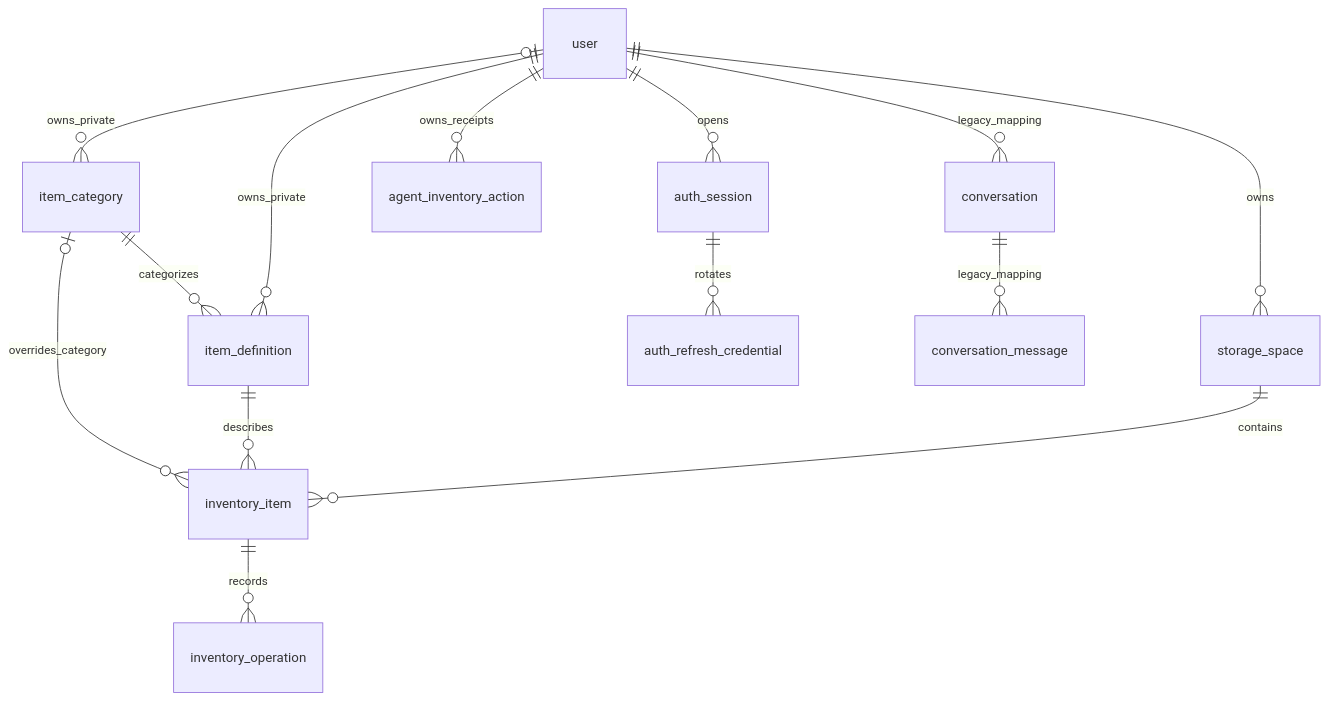
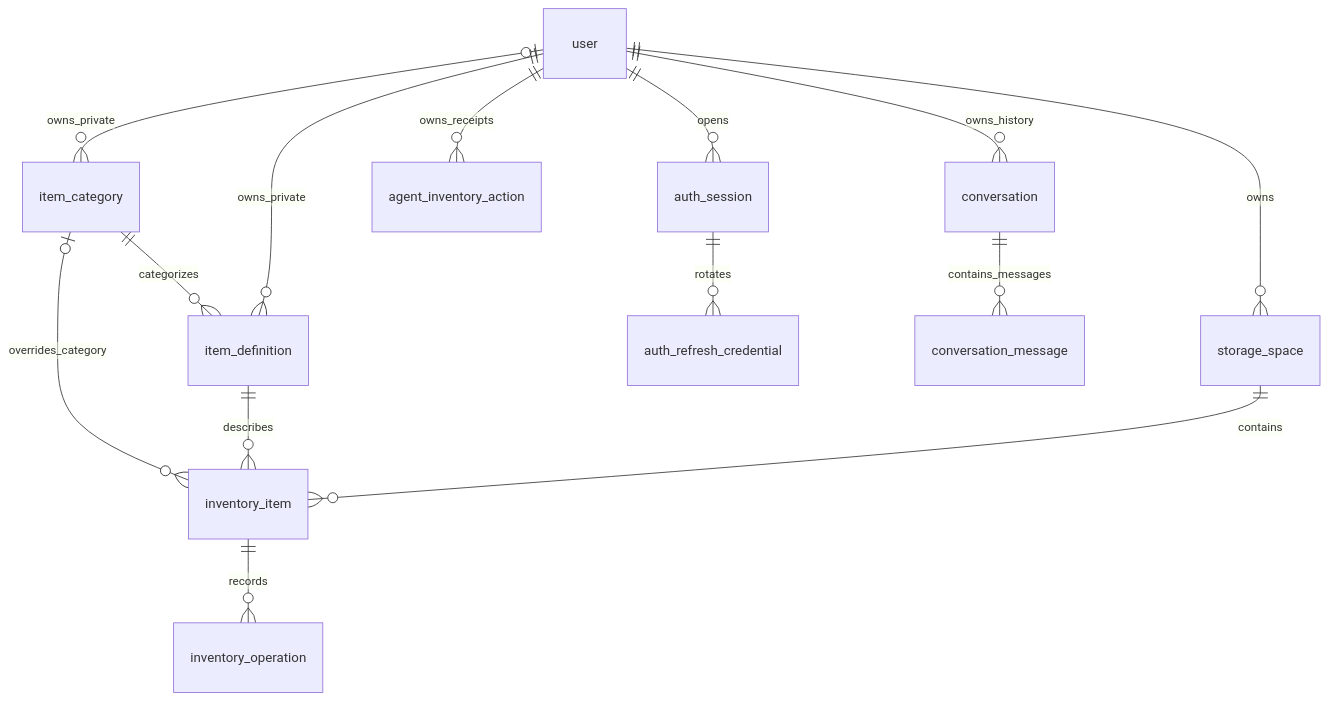
The diagram in docs/architecture/DATABASE_DESIGN.md (syan349/sayfridge), drawn with Mermaid before and after one commit. The commit also changed other lines of this file and 5 other files, not shown here.

````diff
--- a/docs/architecture/DATABASE_DESIGN.md
+++ b/docs/architecture/DATABASE_DESIGN.md
@@ -18,16 +18,16 @@
 ```mermaid
 erDiagram
     user ||--o{ storage_space : owns
     user o|--o{ item_category : owns_private
     user ||--o{ item_definition : owns_private
     storage_space ||--o{ inventory_item : contains
     item_category ||--o{ item_definition : categorizes
     item_definition ||--o{ inventory_item : describes
     item_category o|--o{ inventory_item : overrides_category
     inventory_item ||--o{ inventory_operation : records
     user ||--o{ auth_session : opens
     auth_session ||--o{ auth_refresh_credential : rotates
     user ||--o{ agent_inventory_action : owns_receipts
-    user ||--o{ conversation : legacy_mapping
-    conversation ||--o{ conversation_message : legacy_mapping
+    user ||--o{ conversation : owns_history
+    conversation ||--o{ conversation_message : contains_messages
 ```
````
